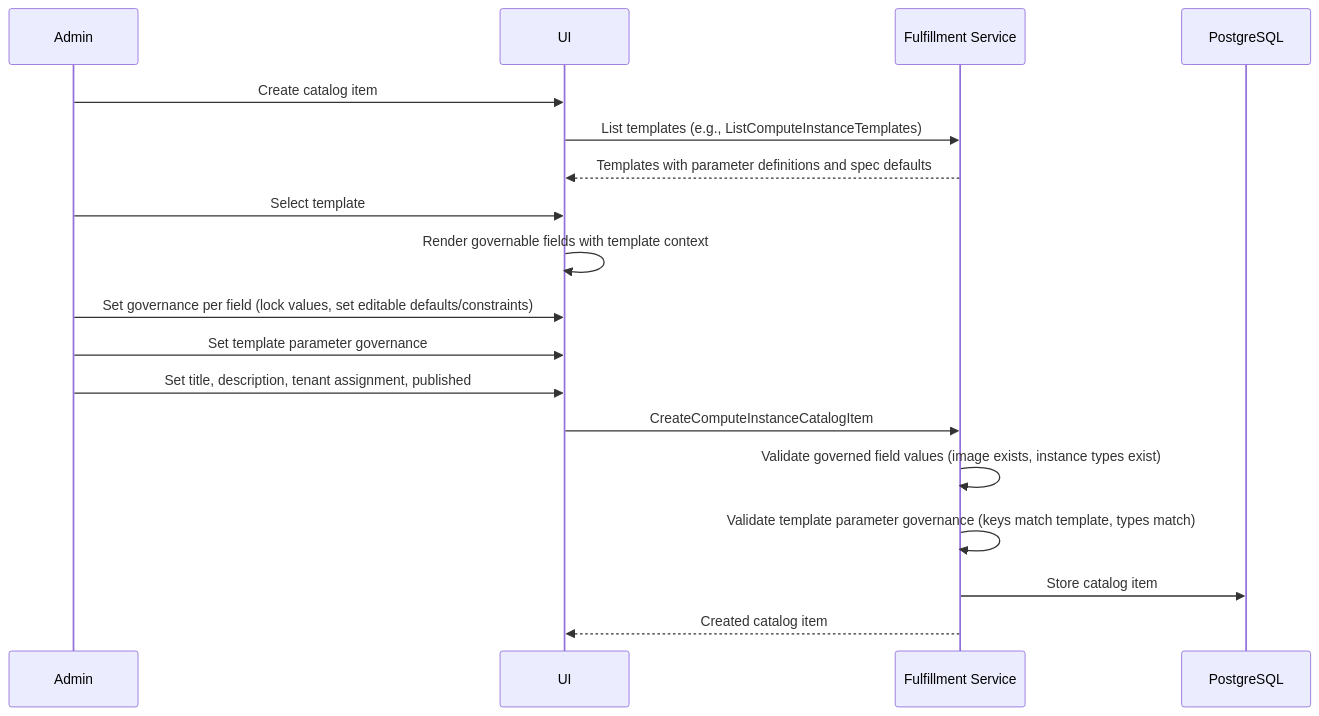
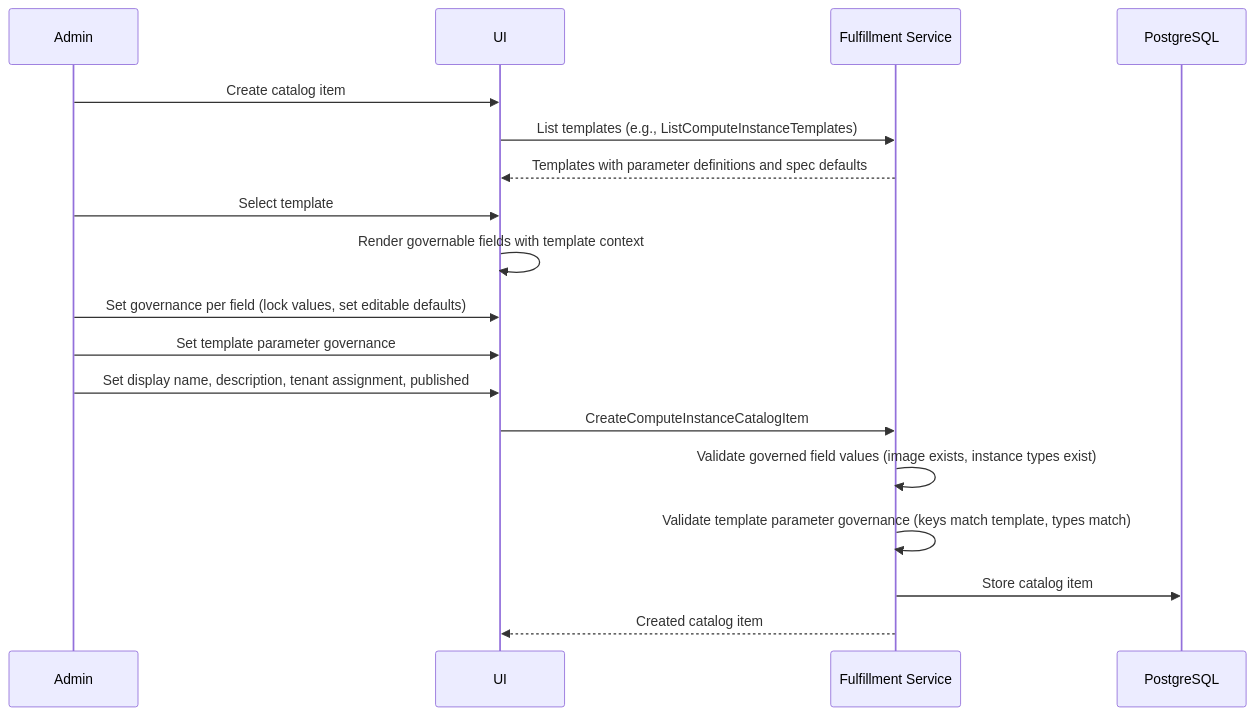
One commit to osac-project/enhancement-proposals changed the first of 2 diagrams in enhancements/OSAC-3538-catalog-items-v2/design.md. Above: the diagram before and after it, drawn with Mermaid. The commit also changed other lines of this file, not shown here.

First line of the commit message:
Fix 11 gaps: remove stale allowed_values refs, metadata migration, stale node_set section

````diff
--- a/enhancements/OSAC-3538-catalog-items-v2/design.md
+++ b/enhancements/OSAC-3538-catalog-items-v2/design.md
@@ -78,21 +78,21 @@
 ```mermaid
 sequenceDiagram
     participant Admin
     participant UI
     participant API as Fulfillment Service
     participant DB as PostgreSQL
 
     Admin->>UI: Create catalog item
     UI->>API: List templates (e.g., ListComputeInstanceTemplates)
     API-->>UI: Templates with parameter definitions and spec defaults
     Admin->>UI: Select template
     UI->>UI: Render governable fields with template context
-    Admin->>UI: Set governance per field (lock values, set editable defaults/constraints)
+    Admin->>UI: Set governance per field (lock values, set editable defaults)
     Admin->>UI: Set template parameter governance
-    Admin->>UI: Set title, description, tenant assignment, published
+    Admin->>UI: Set display name, description, tenant assignment, published
     UI->>API: CreateComputeInstanceCatalogItem
     API->>API: Validate governed field values (image exists, instance types exist)
     API->>API: Validate template parameter governance (keys match template, types match)
     API->>DB: Store catalog item
     API-->>UI: Created catalog item
 ```
````
